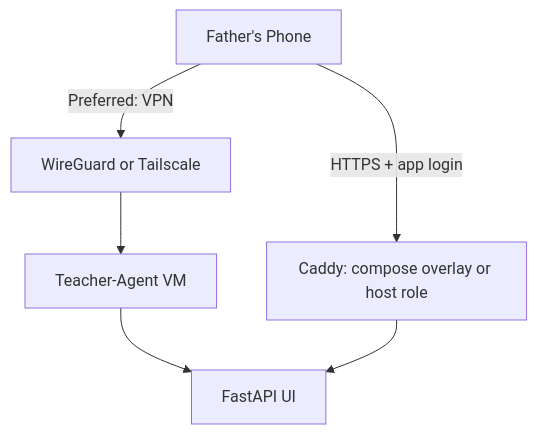
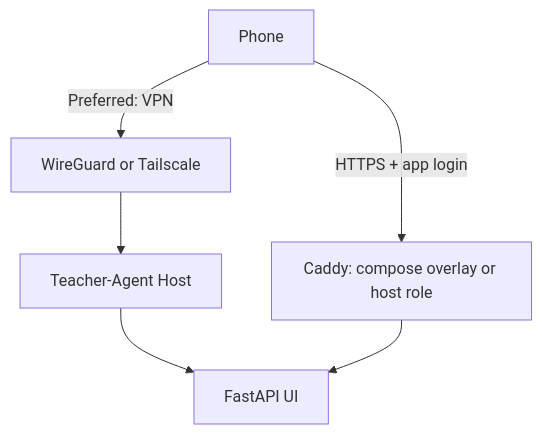
One commit to ninemate/ai-teacher changed the seventh of 9 diagrams in docs/architecture.md. Above: the diagram before and after it, drawn with Mermaid. The commit also changed other lines of this file and 10 other files, not shown here.

````diff
--- a/docs/architecture.md
+++ b/docs/architecture.md
@@ -122,8 +207,8 @@
 ```mermaid
 flowchart TD
-  Phone[Father's Phone] -->|Preferred: VPN| VPN[WireGuard or Tailscale]
-  VPN --> Host[Teacher-Agent VM]
+  Phone[Phone] -->|Preferred: VPN| VPN[WireGuard or Tailscale]
+  VPN --> Host[Teacher-Agent Host]
   Host --> UI[FastAPI UI]
   Phone -->|HTTPS + app login| Caddy[Caddy: compose overlay or host role]
   Caddy --> UI
 ```
````
